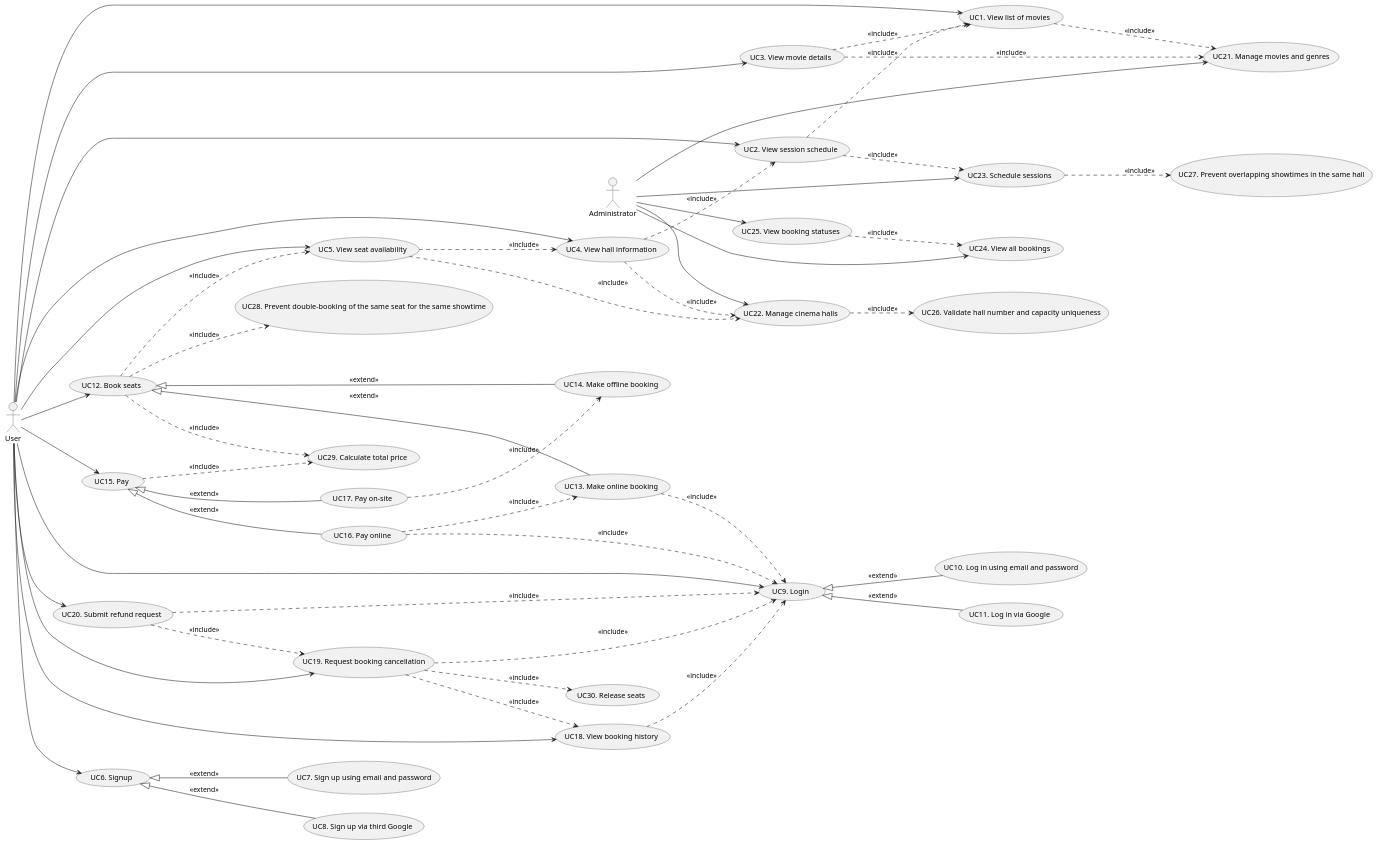
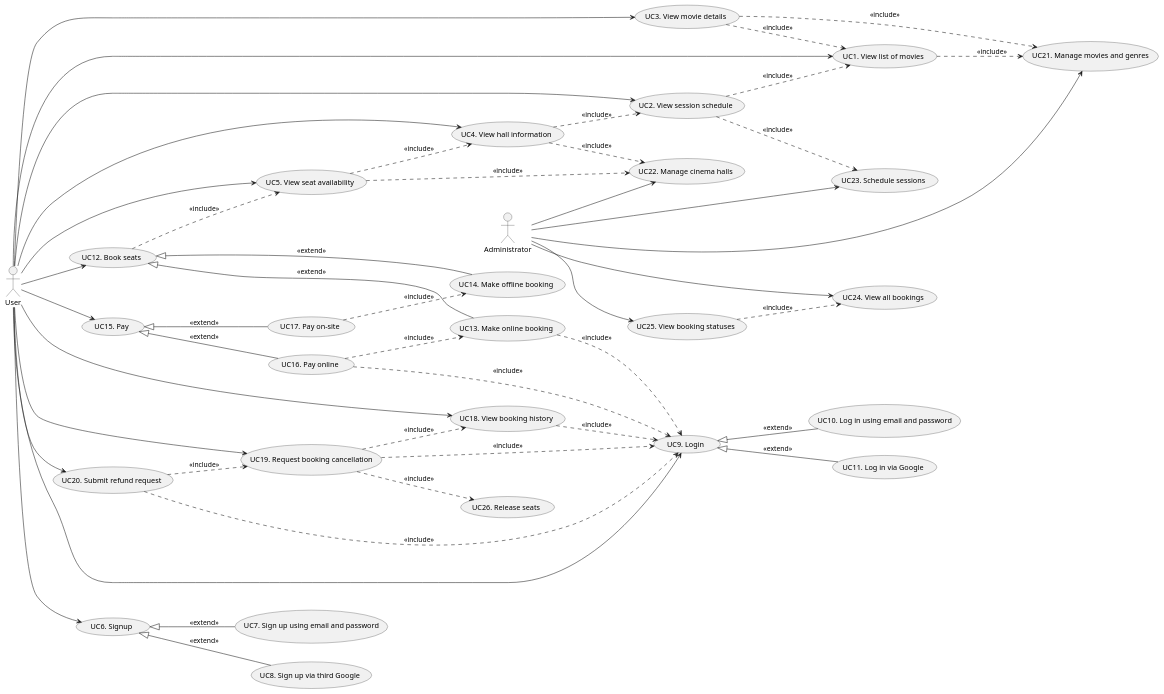
The diagram in Lab2/UC-diagram.puml (Fererra/KPI), drawn with PlantUML before and after one commit. The commit also changed 3 other files, not shown here.

```diff
--- a/Lab2/UC-diagram.puml
+++ b/Lab2/UC-diagram.puml
@@ -1,101 +1,92 @@
 @startuml
 left to right direction
 
 actor Administrator as A
 actor User as U
 
 usecase "UC1. View list of movies" as UC1
 usecase "UC2. View session schedule" as UC2
 usecase "UC3. View movie details" as UC3
 usecase "UC4. View hall information" as UC4
 usecase "UC5. View seat availability" as UC5
 
 usecase "UC6. Signup" as UC6
 usecase "UC7. Sign up using email and password" as UC7
 usecase "UC8. Sign up via third Google" as UC8
 
 usecase "UC9. Login" as UC9
 usecase "UC10. Log in using email and password" as UC10
 usecase "UC11. Log in via Google" as UC11
 
 usecase "UC12. Book seats" as UC12
 usecase "UC13. Make online booking" as UC13
 usecase "UC14. Make offline booking" as UC14
 
 usecase "UC15. Pay" as UC15
 usecase "UC16. Pay online" as UC16
 usecase "UC17. Pay on-site" as UC17
 
 usecase "UC18. View booking history" as UC18
 usecase "UC19. Request booking cancellation" as UC19
 usecase "UC20. Submit refund request" as UC20
 
 usecase "UC21. Manage movies and genres" as UC21
 usecase "UC22. Manage cinema halls" as UC22
 usecase "UC23. Schedule sessions" as UC23
 usecase "UC24. View all bookings" as UC24
 usecase "UC25. View booking statuses" as UC25
 
-usecase "UC26. Validate hall number and capacity uniqueness" as UC26
-usecase "UC27. Prevent overlapping showtimes in the same hall" as UC27
-usecase "UC28. Prevent double-booking of the same seat for the same showtime" as UC28
-usecase "UC29. Calculate total price" as UC29
-usecase "UC30. Release seats" as UC30
+usecase "UC26. Release seats" as UC26
 
 A --> UC21
 A --> UC22
 A --> UC23
 A --> UC24
 A --> UC25
 
 U --> UC1
 U --> UC2
 U --> UC3
 U --> UC4
 U --> UC5
 U --> UC6
 U --> UC9
 U --> UC12
 U --> UC15
 U --> UC18
 U --> UC19
 U --> UC20
 
 UC1 ..> UC21 : <<include>>
 UC2 ..> UC1 : <<include>>
 UC2 ..> UC23 : <<include>>
 UC3 ..> UC1 : <<include>>
 UC3 ..> UC21 : <<include>>
 UC4 ..> UC2 : <<include>>
 UC4 ..> UC22 : <<include>>
 UC5 ..> UC4 : <<include>>
 UC5 ..> UC22 : <<include>>
 UC12 ..> UC5 : <<include>>
-UC12 ..> UC28 : <<include>>
-UC12 ..> UC29 : <<include>>
 UC13 ..> UC9 : <<include>>
-UC15 ..> UC29 : <<include>>
 UC16 ..> UC9 : <<include>>
 UC16 ..> UC13 : <<include>>
 UC17 ..> UC14 : <<include>>
 UC18 ..> UC9 : <<include>>
 UC19 ..> UC9 : <<include>>
 UC19 ..> UC18 : <<include>>
-UC19 ..> UC30 : <<include>>
+UC19 ..> UC26 : <<include>>
 UC20 ..> UC9 : <<include>>
 UC20 ..> UC19 : <<include>>
 
-UC22 ..> UC26 : <<include>>
-UC23 ..> UC27 : <<include>>
 UC25 ..> UC24 : <<include>>
 
 UC6 <|-- UC7 : <<extend>>
 UC6 <|-- UC8 : <<extend>>
 UC9 <|-- UC10 : <<extend>>
 UC9 <|-- UC11 : <<extend>>
 UC12 <|-- UC13 : <<extend>>
 UC12 <|-- UC14 : <<extend>>
 UC15 <|-- UC16 : <<extend>>
 UC15 <|-- UC17 : <<extend>>
 
 @enduml
```
